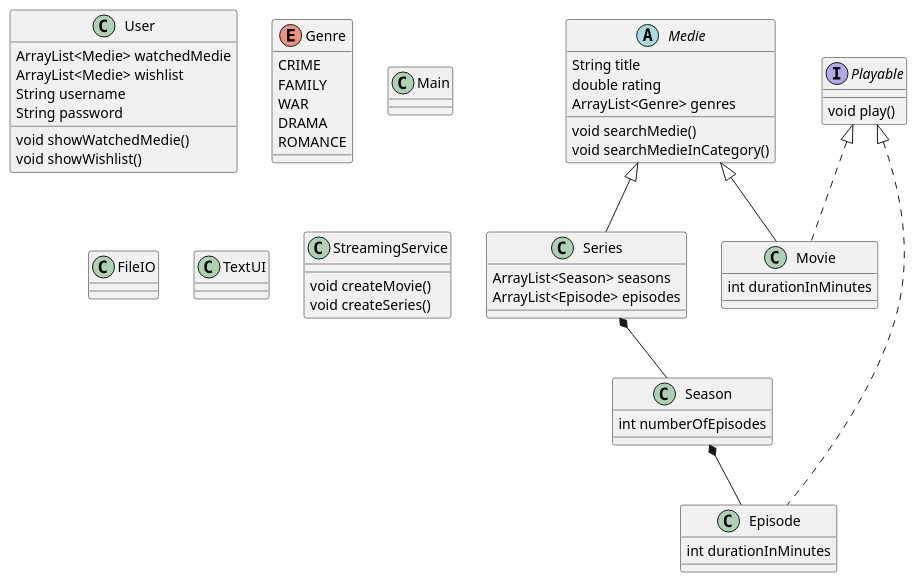
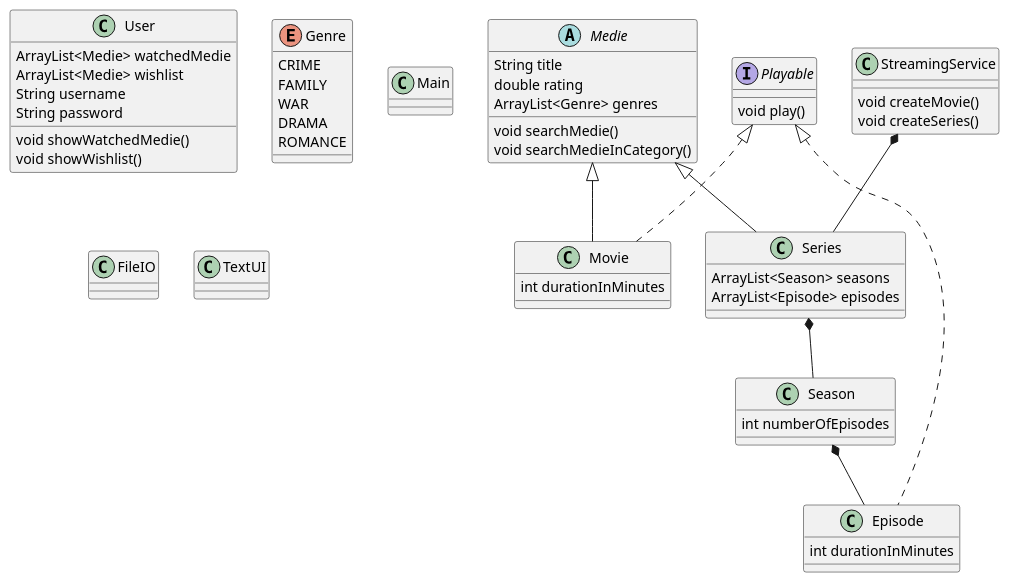
The diagram in doc/classdiagram.puml (EmilMarinovic/SP3), drawn with PlantUML before and after one commit. The commit also changed 1 other file, not shown here.

```diff
--- a/doc/classdiagram.puml
+++ b/doc/classdiagram.puml
@@ -1,60 +1,62 @@
 @startuml
 abstract Medie {
 String title
 double rating
 ArrayList<Genre> genres
 void searchMedie()
 void searchMedieInCategory()
 }
 class Movie {
 int durationInMinutes
 }
 class Series {
 ArrayList<Season> seasons
 ArrayList<Episode> episodes
 }
 class Season {
 int numberOfEpisodes
 }
 class Episode {
 int durationInMinutes
 }
 class User {
 ArrayList<Medie> watchedMedie
 ArrayList<Medie> wishlist
 String username
 String password
 void showWatchedMedie()
 void showWishlist()
 }
 enum Genre {
 CRIME
 FAMILY
 WAR
 DRAMA
 ROMANCE
 }
 class Main
 interface Playable {
 void play()
 }
 class FileIO
 class TextUI
 class StreamingService {
 void createMovie()
 void createSeries()
 }
 
 
 
 
 
 Medie <|-- Movie
 Medie <|-- Series
 
 Series *-- Season
 Season *-- Episode
 
 Playable <|.. Movie
 Playable <|.. Episode
+
+StreamingService *-- Series
 @enduml
```
